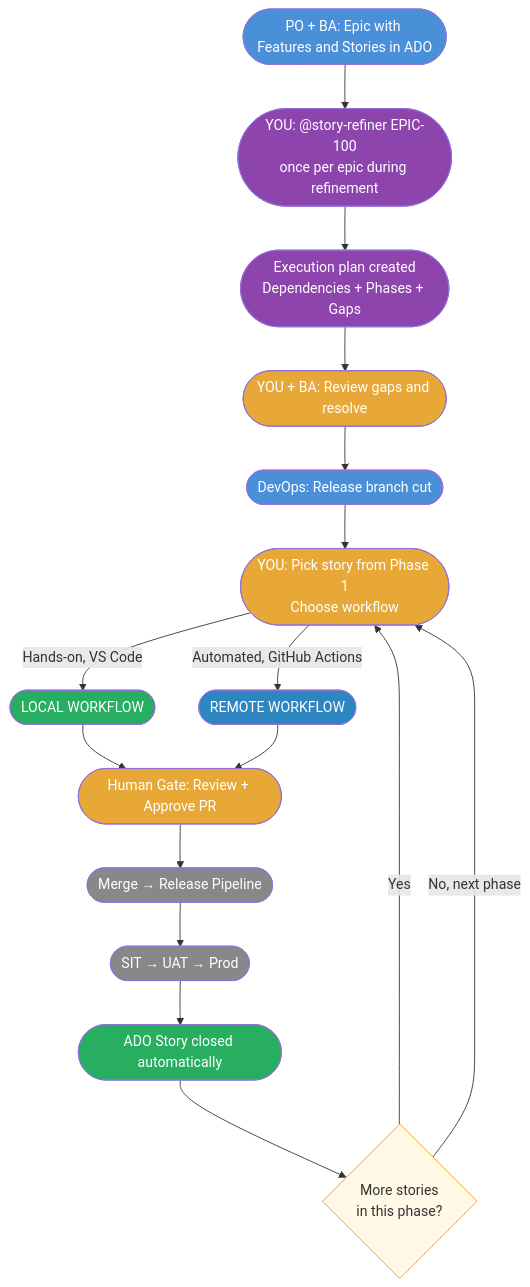
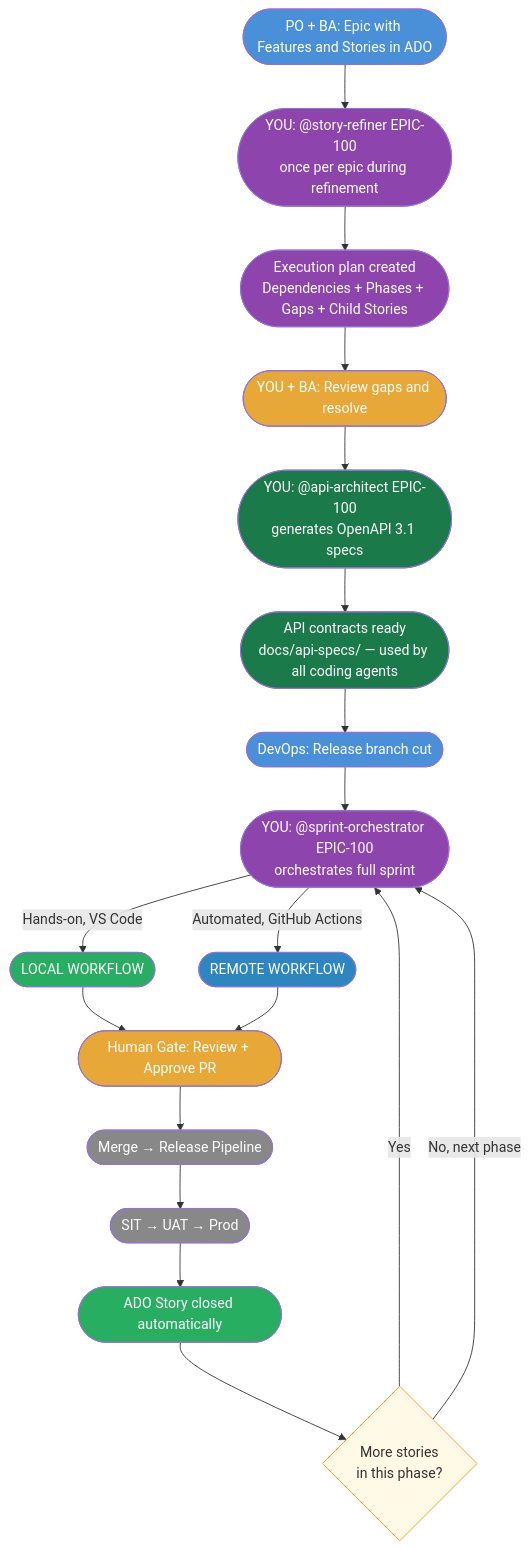
One commit to faizal13/sdlc-copilot-template changed the first of 7 diagrams in docs/agentic-sdlc-flowchart.md. Above: the diagram before and after it, drawn with Mermaid. The commit also changed other lines of this file and 1 other file, not shown here.

````diff
--- a/docs/agentic-sdlc-flowchart.md
+++ b/docs/agentic-sdlc-flowchart.md
@@ -33,37 +34,42 @@
 ```mermaid
 flowchart TD
     A([PO + BA: Epic with Features and Stories in ADO]) --> B
 
     B([YOU: @story-refiner EPIC-100<br/>once per epic during refinement])
 
-    B --> B1([Execution plan created<br/>Dependencies + Phases + Gaps])
+    B --> B1([Execution plan created<br/>Dependencies + Phases + Gaps + Child Stories])
     B1 --> B2([YOU + BA: Review gaps and resolve])
 
-    B2 --> C([DevOps: Release branch cut])
-    C --> D([YOU: Pick story from Phase 1<br/>Choose workflow])
+    B2 --> B3([YOU: @api-architect EPIC-100<br/>generates OpenAPI 3.1 specs])
+    B3 --> B4([API contracts ready<br/>docs/api-specs/ — used by all coding agents])
+
+    B4 --> C([DevOps: Release branch cut])
+    C --> D([YOU: @sprint-orchestrator EPIC-100<br/>orchestrates full sprint])
 
     D -->|Hands-on, VS Code| E([LOCAL WORKFLOW])
     D -->|Automated, GitHub Actions| F([REMOTE WORKFLOW])
     E --> G([Human Gate: Review + Approve PR])
     F --> G
     G --> H([Merge → Release Pipeline])
     H --> I([SIT → UAT → Prod])
     I --> J([ADO Story closed automatically])
     J --> K{More stories<br/>in this phase?}
     K -->|Yes| D
     K -->|No, next phase| D
 
     style A fill:#4A90D9,color:#fff
     style B fill:#8E44AD,color:#fff
     style B1 fill:#8E44AD,color:#fff
     style B2 fill:#E8A838,color:#fff
+    style B3 fill:#1A7A4A,color:#fff
+    style B4 fill:#1A7A4A,color:#fff
     style C fill:#4A90D9,color:#fff
-    style D fill:#E8A838,color:#fff
+    style D fill:#8E44AD,color:#fff
     style E fill:#27AE60,color:#fff
     style F fill:#2E86C1,color:#fff
     style G fill:#E8A838,color:#fff
     style H fill:#888,color:#fff
     style I fill:#888,color:#fff
     style J fill:#27AE60,color:#fff
     style K fill:#FFF9E6,stroke:#F39C12
 ```
````
